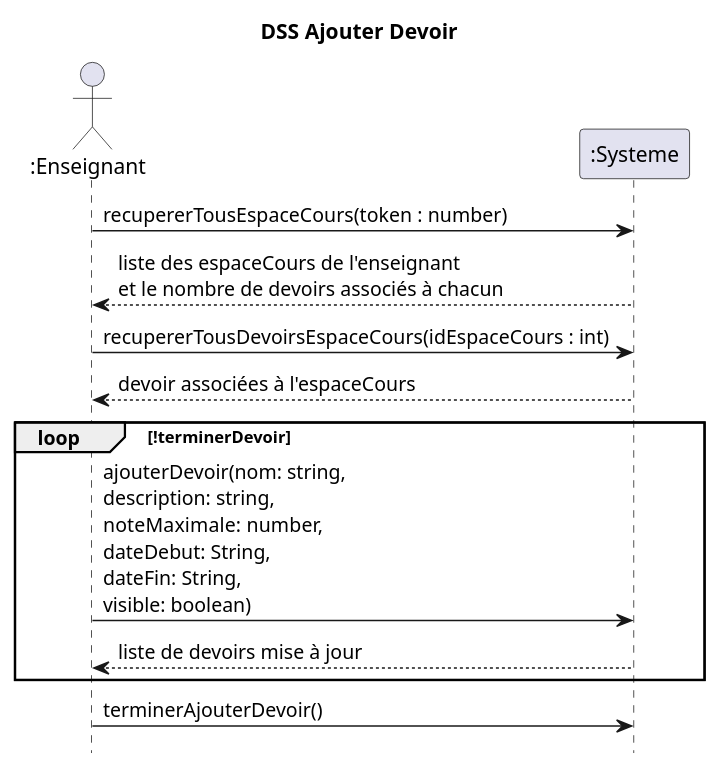
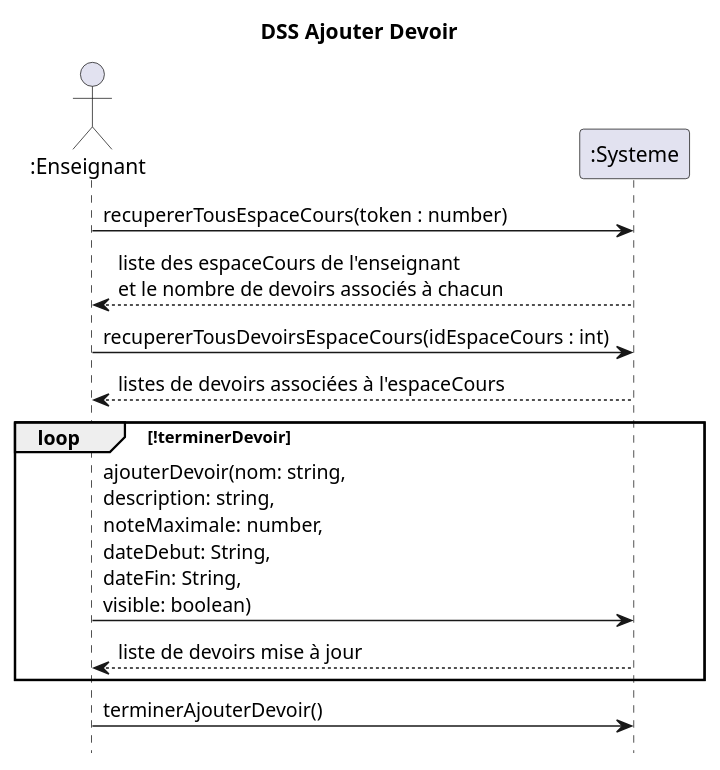
One commit to nerdz88/SGA-TS changed the diagram in docs/Ajouter devoir/DSS_Ajouter_Devoir.puml. Above: the diagram before and after it, drawn with PlantUML. The commit also changed 11 other files, not shown here.

```diff
--- a/docs/Ajouter devoir/DSS_Ajouter_Devoir.puml
+++ b/docs/Ajouter devoir/DSS_Ajouter_Devoir.puml
@@ -1,16 +1,16 @@
 @startuml DSS_Ajouter_Devoir
 title DSS Ajouter Devoir
 hide footbox
 actor ":Enseignant" as professeur
 participant ":Systeme" as systeme
 
 professeur ->  systeme : recupererTousEspaceCours(token : number)
 professeur <-- systeme : liste des espaceCours de l'enseignant\net le nombre de devoirs associés à chacun
 professeur -> systeme : recupererTousDevoirsEspaceCours(idEspaceCours : int)
-professeur <-- systeme : devoir associées à l'espaceCours
+professeur <-- systeme : listes de devoirs associées à l'espaceCours
 loop !terminerDevoir
 professeur -> systeme : ajouterDevoir(nom: string, \ndescription: string, \nnoteMaximale: number, \ndateDebut: String, \ndateFin: String, \nvisible: boolean)
 systeme --> professeur : liste de devoirs mise à jour
 end
 professeur -> systeme : terminerAjouterDevoir()
 @enduml
```
